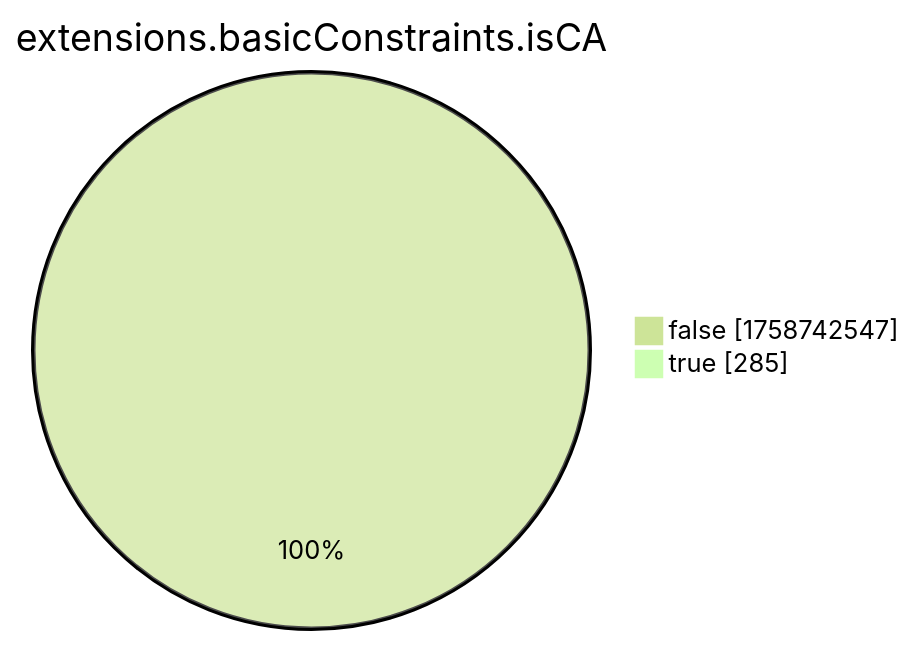
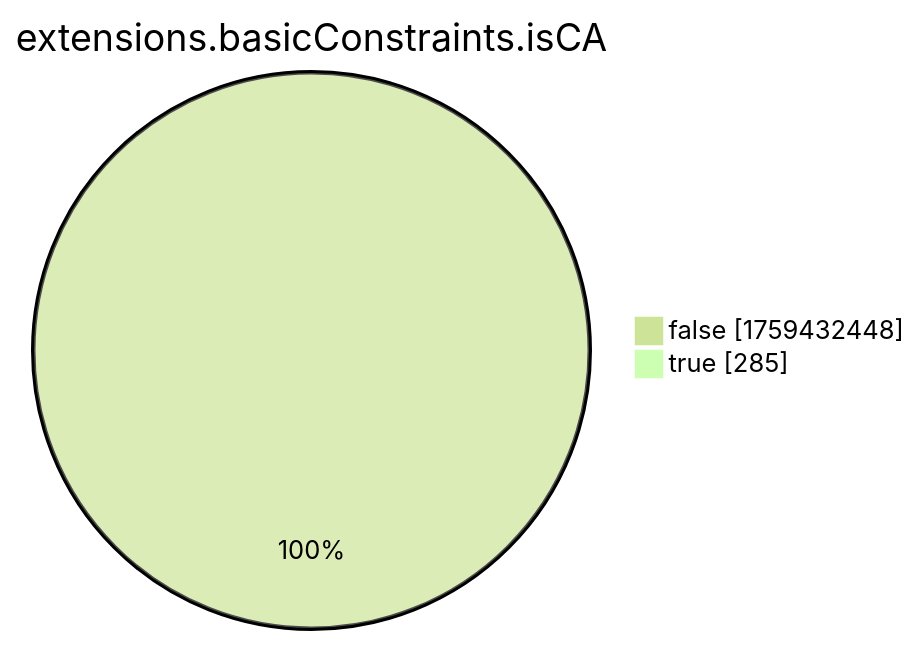
The eighth of 15 diagrams in xenon2022/README.md (christiankrug/ctmonitor_visualization), drawn with Mermaid (forest theme) before and after one commit. The commit also changed other lines of this file, not shown here.

````diff
--- a/xenon2022/README.md
+++ b/xenon2022/README.md
@@ -2868,6 +2868,6 @@
 ```mermaid
 pie showData
 title extensions.basicConstraints.isCA
-"false" :1758742547
+"false" :1759432448
 "true" :285
 ```
````
